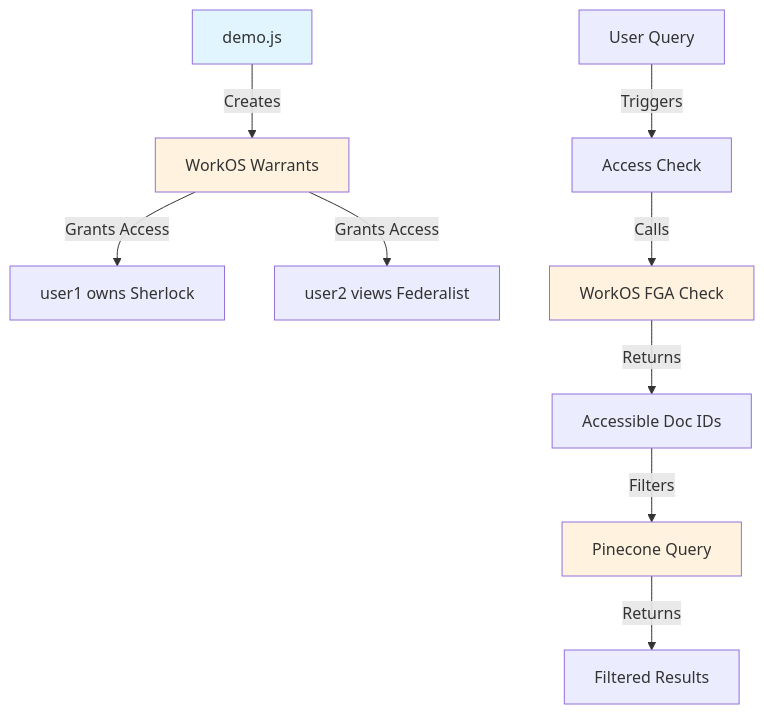
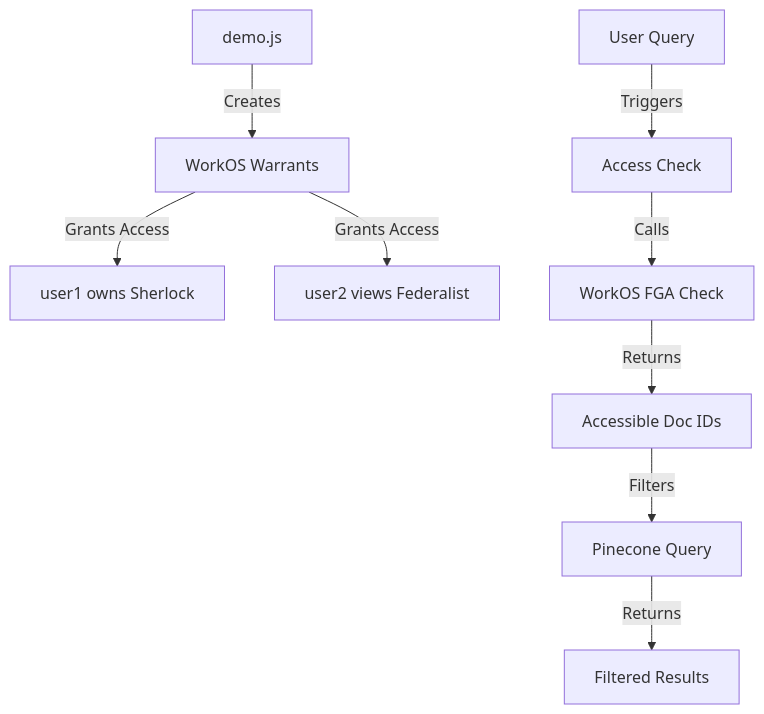
One commit to zackproser-workos/fga-pinecone-poc changed the second of 2 diagrams in README.md. Above: the diagram before and after it, drawn with Mermaid. The commit also changed other lines of this file and 2 other files, not shown here.

````diff
--- a/README.md
+++ b/README.md
@@ -155,18 +162,13 @@
 ```mermaid
 graph TD
     A[demo.js] -->|Creates| B[WorkOS Warrants]
     B -->|Grants Access| C[user1 owns Sherlock]
     B -->|Grants Access| D[user2 views Federalist]
     
     E[User Query] -->|Triggers| F[Access Check]
     F -->|Calls| G[WorkOS FGA Check]
     G -->|Returns| H[Accessible Doc IDs]
     
     H -->|Filters| I[Pinecone Query]
     I -->|Returns| J[Filtered Results]
-
-    style A fill:#e1f5fe
-    style B fill:#fff3e0
-    style G fill:#fff3e0
-    style I fill:#fff3e0
 ```
````
